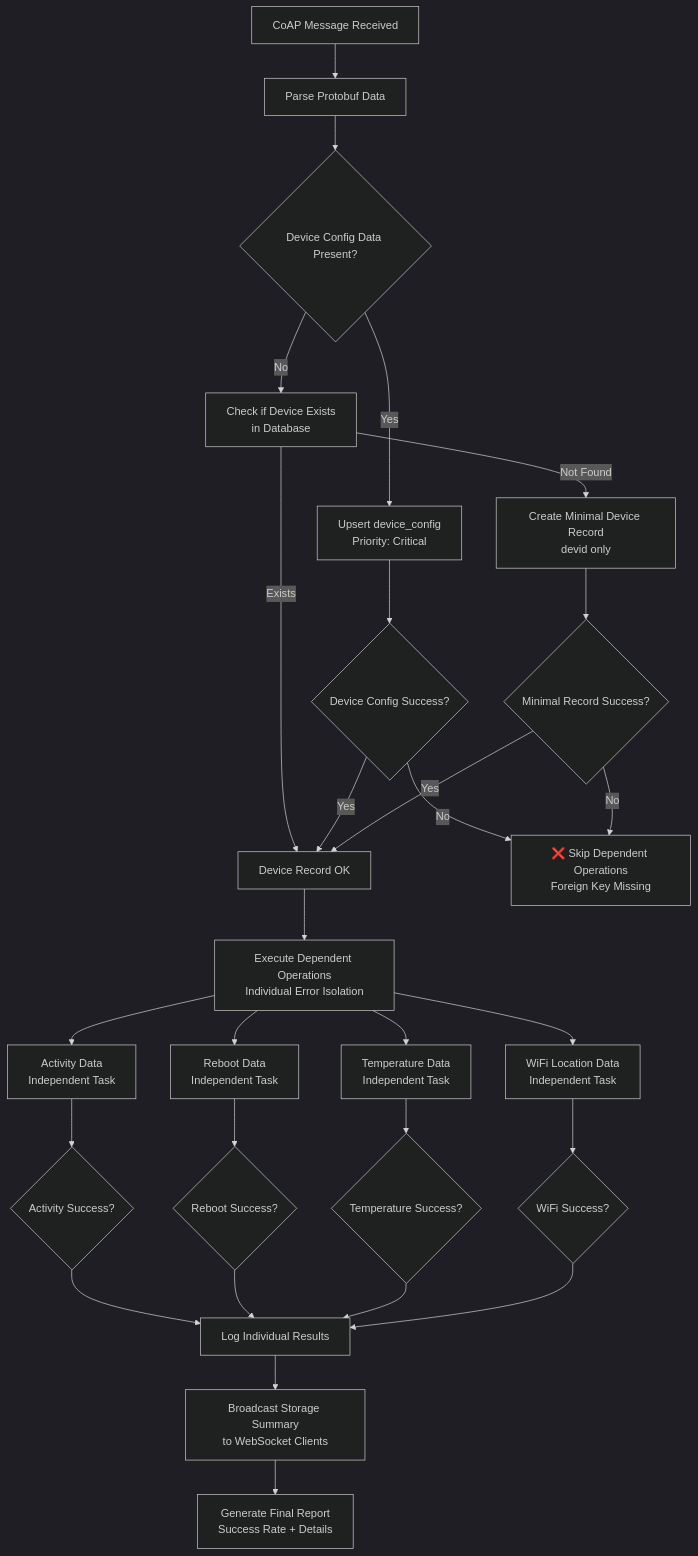
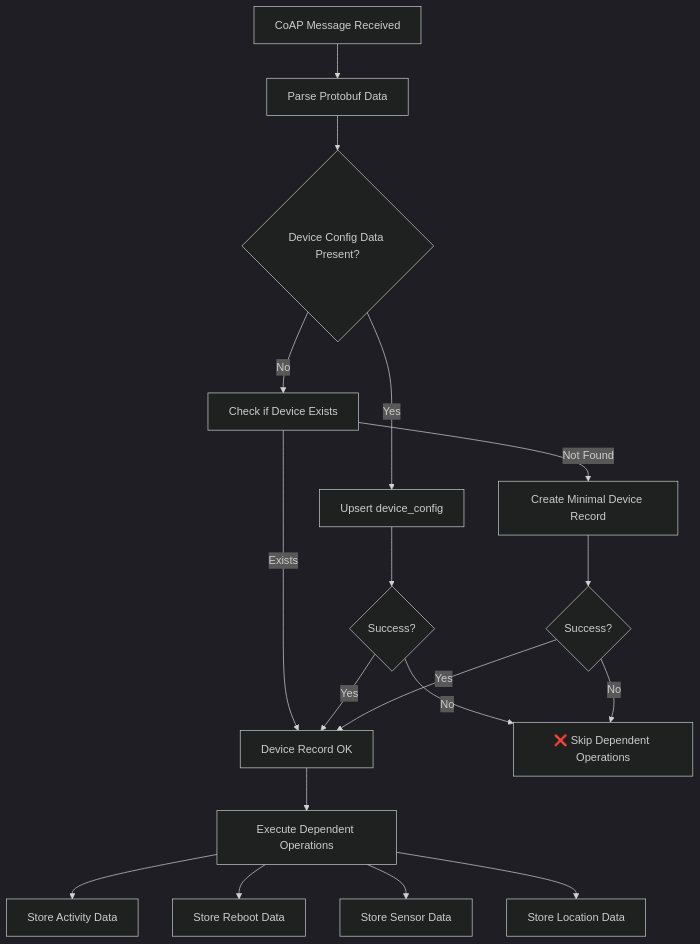
Before and after one commit to promillen/moc-docs: the first of 2 diagrams in pages/development/database-troubleshooting.mdx, drawn with Mermaid (dark theme). The commit also changed other lines of this file and 32 other files, not shown here.

Commit message:
Updated the whole documentation and made mermaid diagrams zoomable

````diff
--- a/pages/development/database-troubleshooting.mdx
+++ b/pages/development/database-troubleshooting.mdx
@@ -9,38 +11,25 @@
 ```mermaid
 flowchart TD
     A[CoAP Message Received] --> B[Parse Protobuf Data]
     B --> C{Device Config Data Present?}
-    
-    C -->|Yes| D[Upsert device_config<br/>Priority: Critical]
-    C -->|No| E[Check if Device Exists<br/>in Database]
-    
+
+    C -->|Yes| D[Upsert device_config]
+    C -->|No| E[Check if Device Exists]
+
     E -->|Exists| F[Device Record OK]
-    E -->|Not Found| G[Create Minimal Device Record<br/>devid only]
-    
-    D --> H{Device Config Success?}
-    G --> I{Minimal Record Success?}
+    E -->|Not Found| G[Create Minimal Device Record]
+
+    D --> H{Success?}
+    G --> I{Success?}
     H -->|Yes| F
-    H -->|No| J[❌ Skip Dependent Operations<br/>Foreign Key Missing]
+    H -->|No| J[❌ Skip Dependent Operations]
     I -->|Yes| F
     I -->|No| J
-    
-    F --> K[Execute Dependent Operations<br/>Individual Error Isolation]
-    
-    K --> L[Activity Data<br/>Independent Task]
-    K --> M[Reboot Data<br/>Independent Task]  
-    K --> N[Temperature Data<br/>Independent Task]
-    K --> O[WiFi Location Data<br/>Independent Task]
-    
-    L --> P{Activity Success?}
-    M --> Q{Reboot Success?}
-    N --> R{Temperature Success?}
-    O --> S{WiFi Success?}
-    
-    P --> T[Log Individual Results]
-    Q --> T
-    R --> T
-    S --> T
-    
-    T --> U[Broadcast Storage Summary<br/>to WebSocket Clients]
-    U --> V[Generate Final Report<br/>Success Rate + Details]
+
+    F --> K[Execute Dependent Operations]
+
+    K --> L[Store Activity Data]
+    K --> M[Store Reboot Data]
+    K --> N[Store Sensor Data]
+    K --> O[Store Location Data]
 ```
````
